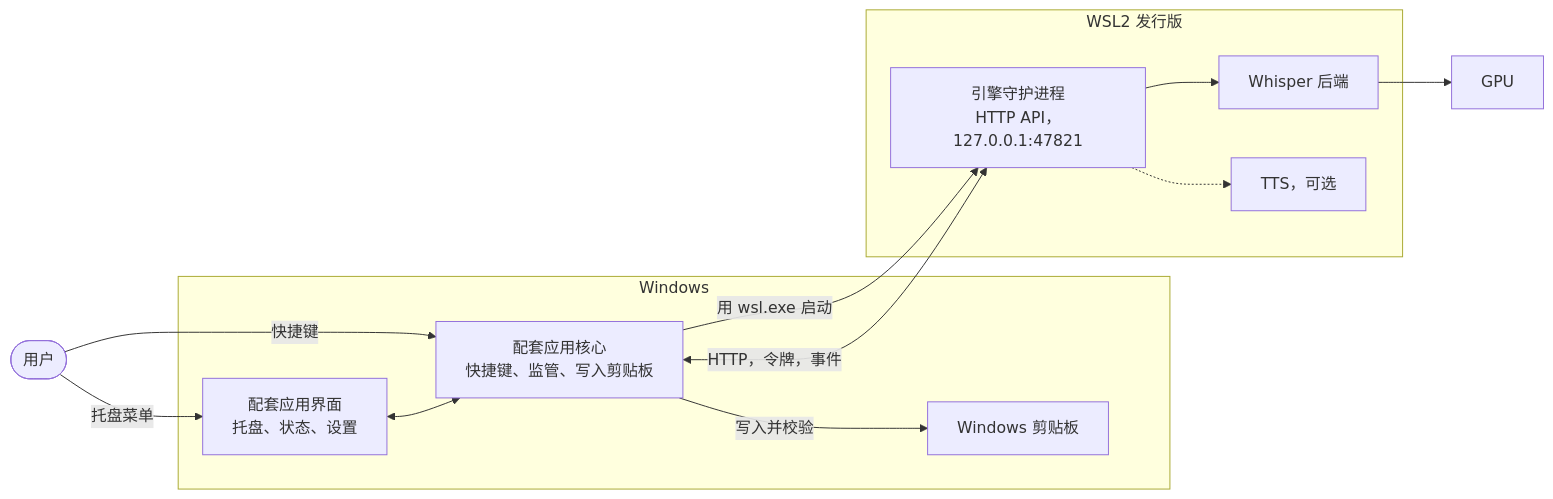
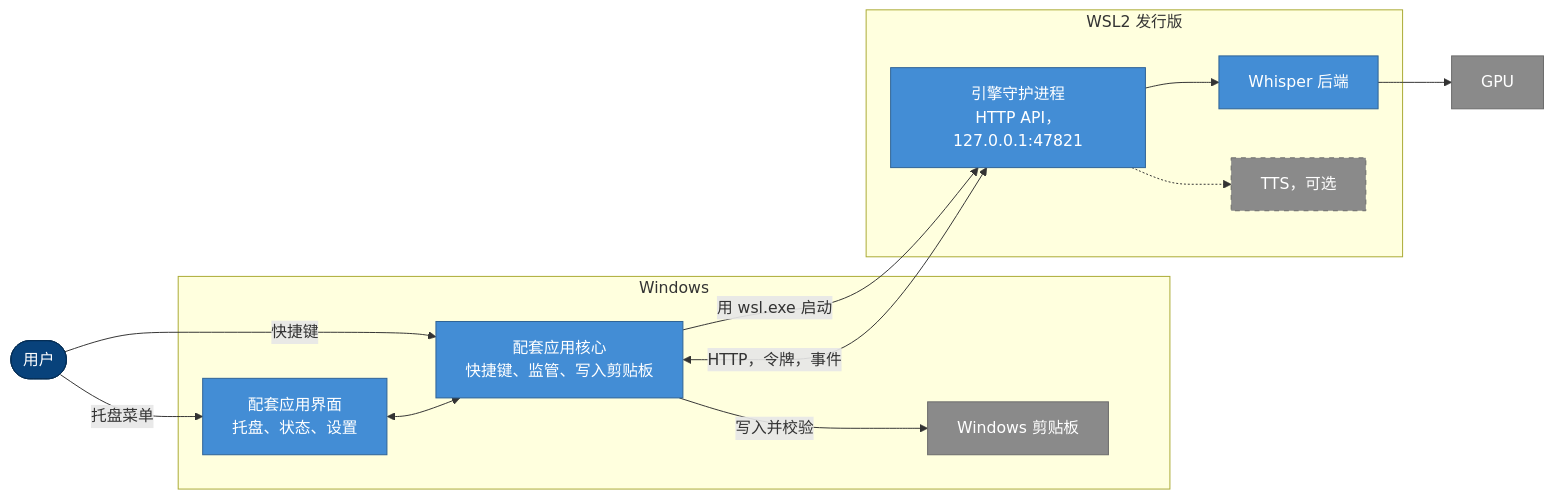
Before and after one commit to nano-br/voice-mate: the second of 6 diagrams in README.zh-CN.md, drawn with Mermaid. The commit also changed other lines of this file and 76 other files, not shown here.

````diff
--- a/README.zh-CN.md
+++ b/README.zh-CN.md
@@ -175,23 +252,38 @@
 ```mermaid
 flowchart LR
     user(["用户"])
     subgraph win["Windows"]
         ui["配套应用界面<br/>托盘、状态、设置"]
         core["配套应用核心<br/>快捷键、监管、写入剪贴板"]
         clip["Windows 剪贴板"]
     end
     subgraph wsl["WSL2 发行版"]
         api["引擎守护进程<br/>HTTP API，127.0.0.1:47821"]
         stt["Whisper 后端"]
         tts["TTS，可选"]
     end
     gpu["GPU"]
     user -->|"托盘菜单"| ui
     user -->|"快捷键"| core
     ui <--> core
     core -->|"写入并校验"| clip
     core -->|"用 wsl.exe 启动"| api
     core <-->|"HTTP，令牌，事件"| api
     api --> stt --> gpu
     api -.-> tts
+
+    classDef person fill:#08427b,stroke:#052e56,color:#ffffff
+    classDef system fill:#1168bd,stroke:#0b4884,color:#ffffff
+    classDef container fill:#438dd5,stroke:#2e6295,color:#ffffff
+    classDef component fill:#85bbf0,stroke:#5d82a8,color:#000000
+    classDef store fill:#00838f,stroke:#005f66,color:#ffffff
+    classDef external fill:#8a8a8a,stroke:#6b6b6b,color:#ffffff
+    classDef optional fill:#8a8a8a,stroke:#6b6b6b,color:#ffffff,stroke-dasharray:5 5
+    classDef ok fill:#2e7d32,stroke:#1b5e20,color:#ffffff
+    classDef warn fill:#f9a825,stroke:#c17900,color:#000000
+    classDef bad fill:#c0392b,stroke:#922b21,color:#ffffff
+    class user person
+    class ui,core,api,stt container
+    class clip,gpu external
+    class tts optional
 ```
````
